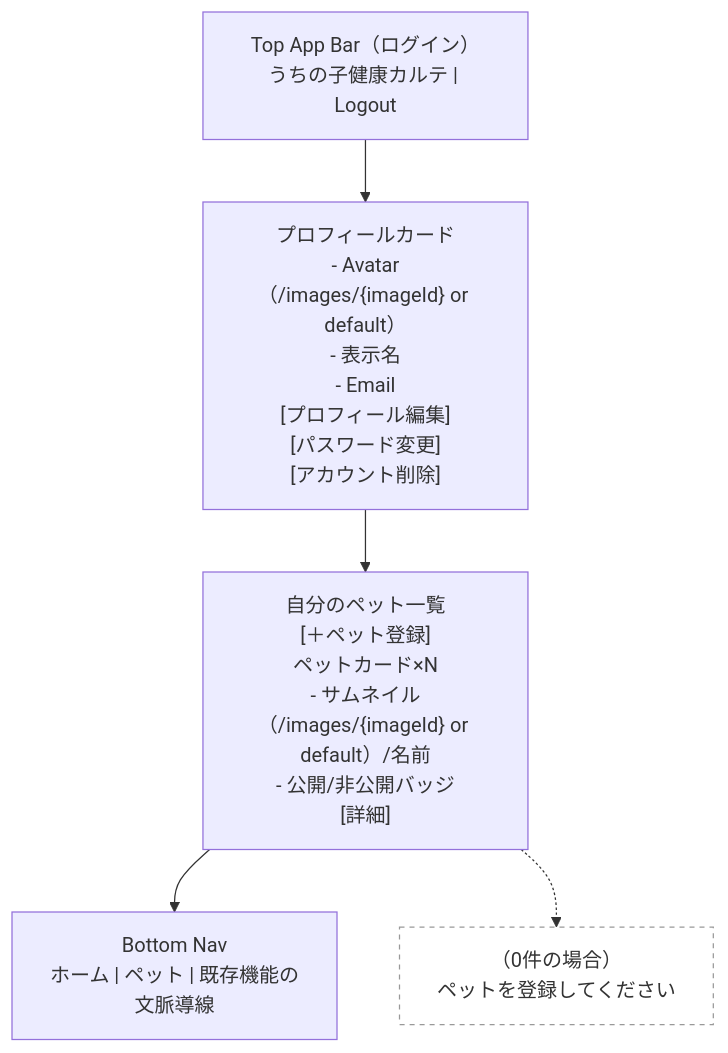
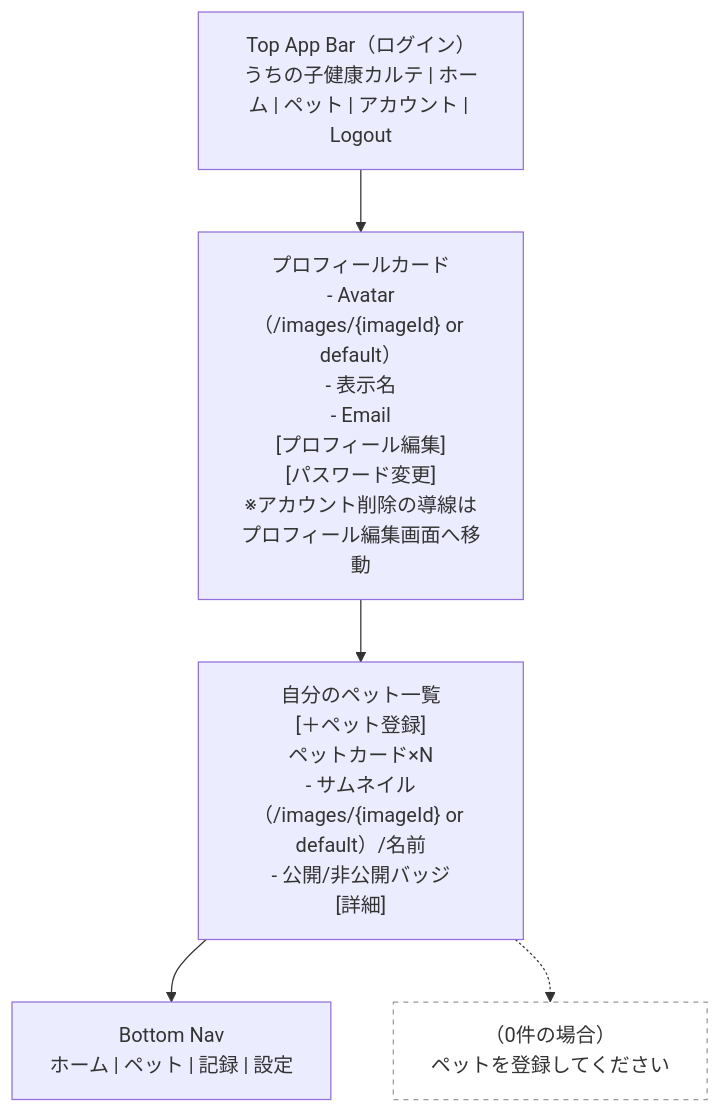
Before and after one commit to Cat5Dog2/PetHealthManagement: the fourth of 24 diagrams in docs/ui-wireframe.md, drawn with Mermaid. The commit also changed other lines of this file and 41 other files, not shown here.

````diff
--- a/docs/ui-wireframe.md
+++ b/docs/ui-wireframe.md
@@ -69,14 +78,14 @@
 ```mermaid
 flowchart TB
-  Header["Top App Bar（ログイン）<br/>うちの子健康カルテ | Logout"]
-  BottomNav["Bottom Nav<br/>ホーム | ペット | 既存機能の文脈導線"]
-  Profile["プロフィールカード<br/>- Avatar（/images/{imageId} or default）<br/>- 表示名<br/>- Email<br/>[プロフィール編集]<br/>[パスワード変更]<br/>[アカウント削除]"]
+  Header["Top App Bar（ログイン）<br/>うちの子健康カルテ | ホーム | ペット | アカウント | Logout"]
+  BottomNav["Bottom Nav<br/>ホーム | ペット | 記録 | 設定"]
+  Profile["プロフィールカード<br/>- Avatar（/images/{imageId} or default）<br/>- 表示名<br/>- Email<br/>[プロフィール編集]<br/>[パスワード変更]<br/>※アカウント削除の導線はプロフィール編集画面へ移動"]
   Pets["自分のペット一覧<br/>[＋ペット登録]<br/>ペットカード×N<br/>- サムネイル（/images/{imageId} or default）/名前<br/>- 公開/非公開バッジ<br/>[詳細]"]
   Empty["（0件の場合）<br/>ペットを登録してください"]:::note
 
   Header --> Profile --> Pets
   Pets --> BottomNav
   Pets -.-> Empty
 
   classDef note fill:#fff,stroke:#999,stroke-dasharray: 4 4,color:#333;
 ```
````
